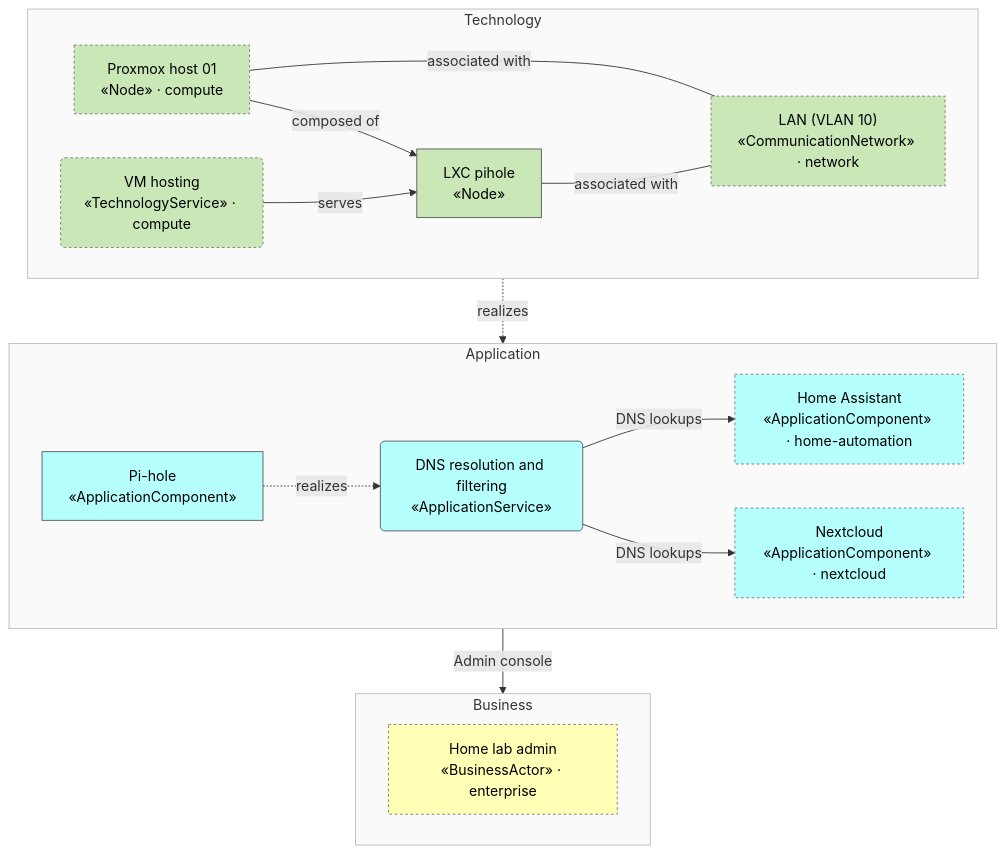
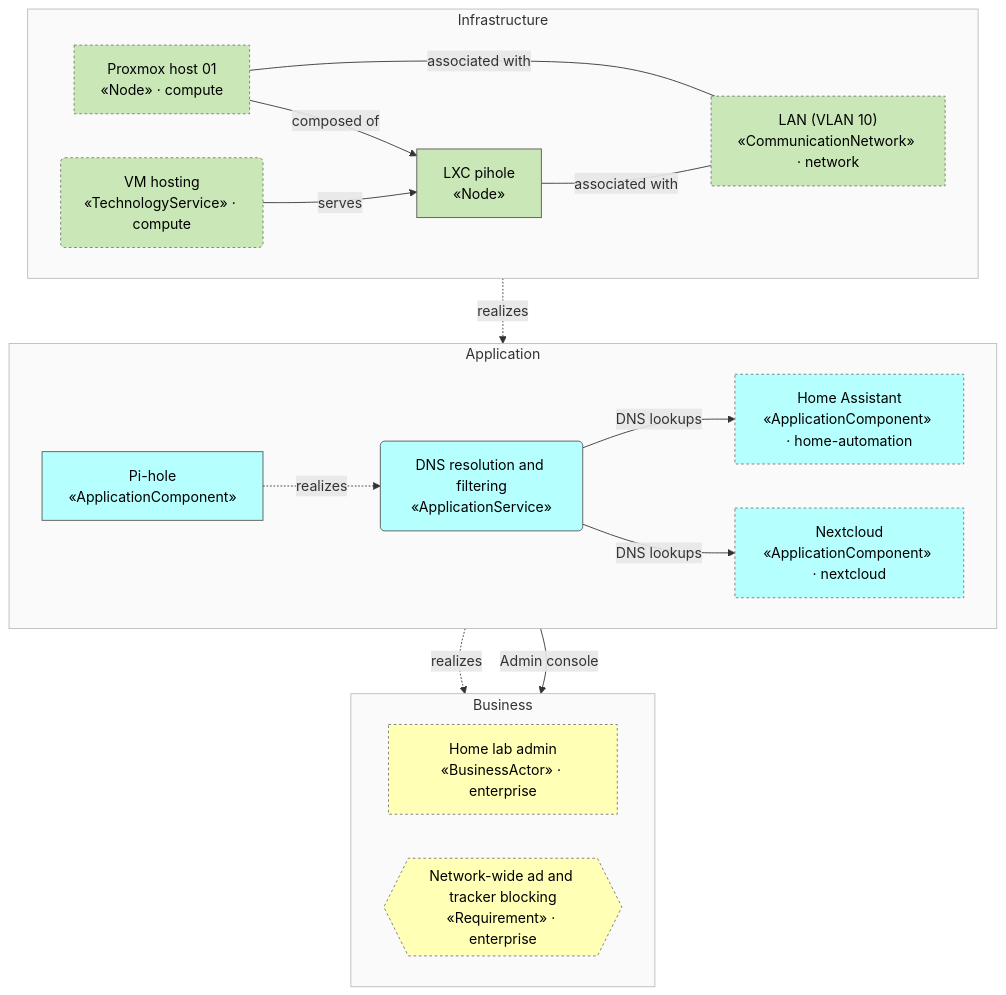
Before and after one commit to b-zig/a4m: the second of 3 diagrams in docs/dns/view-overview.md, drawn with Mermaid. The commit also changed other lines of this file and 83 other files, not shown here.

````diff
--- a/docs/dns/view-overview.md
+++ b/docs/dns/view-overview.md
@@ -59,41 +61,43 @@
 ```mermaid
 flowchart TB
   subgraph layer_business["Business"]
     direction LR
     enterprise__bus_admin["Home lab admin<br/>«BusinessActor» · enterprise"]
+    enterprise__bus_req_dns_filter{{"Network-wide ad and tracker blocking<br/>«Requirement» · enterprise"}}
   end
   subgraph layer_application["Application"]
     direction LR
     app_pihole["Pi-hole<br/>«ApplicationComponent»"]
     app_svc_dns("DNS resolution and filtering<br/>«ApplicationService»")
     home_automation__app_home_assistant["Home Assistant<br/>«ApplicationComponent» · home-automation"]
     nextcloud__app_nextcloud["Nextcloud<br/>«ApplicationComponent» · nextcloud"]
   end
-  subgraph layer_technology["Technology"]
+  subgraph layer_infrastructure["Infrastructure"]
     direction LR
-    tech_lxc_pihole["LXC pihole<br/>«Node»"]
-    compute__tech_pve_01["Proxmox host 01<br/>«Node» · compute"]
-    compute__tech_svc_vm_hosting("VM hosting<br/>«TechnologyService» · compute")
-    network__tech_net_lan["LAN (VLAN 10)<br/>«CommunicationNetwork» · network"]
+    infra_lxc_pihole["LXC pihole<br/>«Node»"]
+    compute__infra_pve_01["Proxmox host 01<br/>«Node» · compute"]
+    compute__infra_svc_vm_hosting("VM hosting<br/>«TechnologyService» · compute")
+    network__infra_net_lan["LAN (VLAN 10)<br/>«CommunicationNetwork» · network"]
   end
   app_pihole -.->|"realizes"| app_svc_dns
+  app_pihole -.->|"realizes"| enterprise__bus_req_dns_filter
   app_svc_dns -->|"Admin console"| enterprise__bus_admin
-  tech_lxc_pihole -.->|"realizes"| app_pihole
-  compute__tech_pve_01 -->|"composed of"| tech_lxc_pihole
-  compute__tech_svc_vm_hosting -->|"serves"| tech_lxc_pihole
-  tech_lxc_pihole ---|"associated with"| network__tech_net_lan
-  compute__tech_pve_01 ---|"associated with"| network__tech_net_lan
+  infra_lxc_pihole -.->|"realizes"| app_pihole
+  compute__infra_pve_01 -->|"composed of"| infra_lxc_pihole
+  compute__infra_svc_vm_hosting -->|"serves"| infra_lxc_pihole
+  infra_lxc_pihole ---|"associated with"| network__infra_net_lan
+  compute__infra_pve_01 ---|"associated with"| network__infra_net_lan
   app_svc_dns -->|"DNS lookups"| home_automation__app_home_assistant
   app_svc_dns -->|"DNS lookups"| nextcloud__app_nextcloud
   classDef business fill:#FFFFB5,stroke:#555,color:#000
-  class enterprise__bus_admin business
+  class enterprise__bus_admin,enterprise__bus_req_dns_filter business
   style layer_business fill:#fafafa,stroke:#bbb
   classDef application fill:#B5FFFF,stroke:#555,color:#000
   class app_pihole,app_svc_dns,home_automation__app_home_assistant,nextcloud__app_nextcloud application
   style layer_application fill:#fafafa,stroke:#bbb
-  classDef technology fill:#C9E7B7,stroke:#555,color:#000
-  class tech_lxc_pihole,compute__tech_pve_01,compute__tech_svc_vm_hosting,network__tech_net_lan technology
-  style layer_technology fill:#fafafa,stroke:#bbb
+  classDef infrastructure fill:#C9E7B7,stroke:#555,color:#000
+  class infra_lxc_pihole,compute__infra_pve_01,compute__infra_svc_vm_hosting,network__infra_net_lan infrastructure
+  style layer_infrastructure fill:#fafafa,stroke:#bbb
   classDef foreign stroke:#777,stroke-dasharray:3 3
-  class compute__tech_pve_01,compute__tech_svc_vm_hosting,enterprise__bus_admin,home_automation__app_home_assistant,network__tech_net_lan,nextcloud__app_nextcloud foreign
+  class compute__infra_pve_01,compute__infra_svc_vm_hosting,enterprise__bus_admin,enterprise__bus_req_dns_filter,home_automation__app_home_assistant,network__infra_net_lan,nextcloud__app_nextcloud foreign
 ```
````
